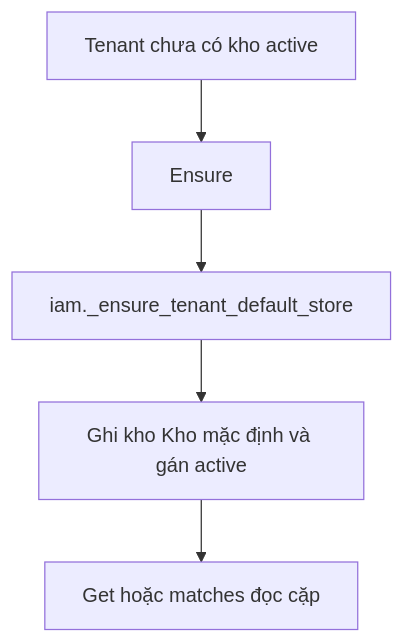
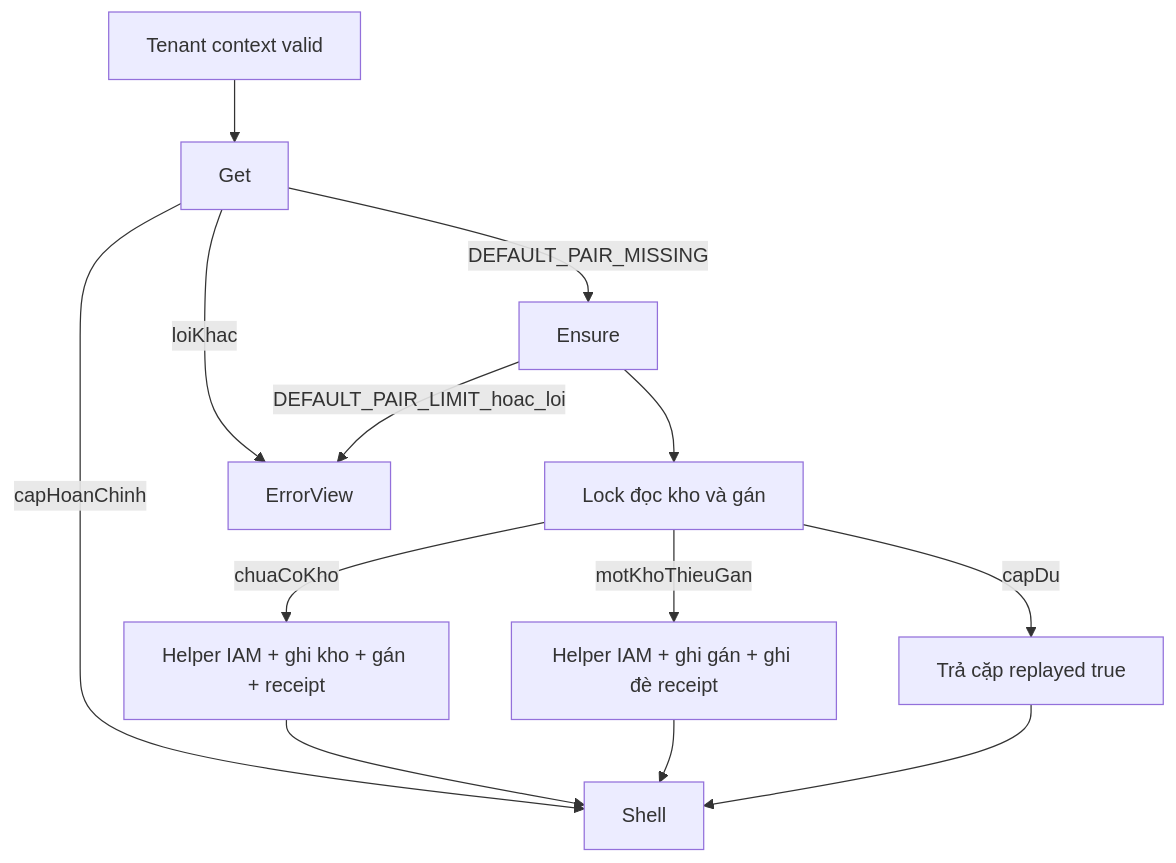
The first of 2 diagrams in specs/themes/theme-07/04.harness/BJ-02-harness/SL-006-default-warehouse.md (DsChien102/erp-sales-inventory), drawn with Mermaid before and after one commit. The commit also changed other lines of this file, not shown here.

Commit message:
fix: update default warehouse setup and permissions handling

````diff
--- a/specs/themes/theme-07/04.harness/BJ-02-harness/SL-006-default-warehouse.md
+++ b/specs/themes/theme-07/04.harness/BJ-02-harness/SL-006-default-warehouse.md
@@ -89,7 +93,15 @@
 ```mermaid
 flowchart TD
-    A["Tenant chưa có kho active"] --> B["Ensure"]
-    B --> C["iam._ensure_tenant_default_store"]
-    C --> D["Ghi kho Kho mặc định và gán active"]
-    D --> E["Get hoặc matches đọc cặp"]
+    A["Tenant context valid"] --> B["Get"]
+    B -->|capHoanChinh| C["Shell"]
+    B -->|DEFAULT_PAIR_MISSING| D["Ensure"]
+    D --> E["Lock đọc kho và gán"]
+    E -->|chuaCoKho| F["Helper IAM + ghi kho + gán + receipt"]
+    E -->|motKhoThieuGan| G["Helper IAM + ghi gán + ghi đè receipt"]
+    E -->|capDu| H["Trả cặp replayed true"]
+    F --> C
+    G --> C
+    H --> C
+    B -->|loiKhac| I["ErrorView"]
+    D -->|DEFAULT_PAIR_LIMIT_hoac_loi| I
 ```
````
